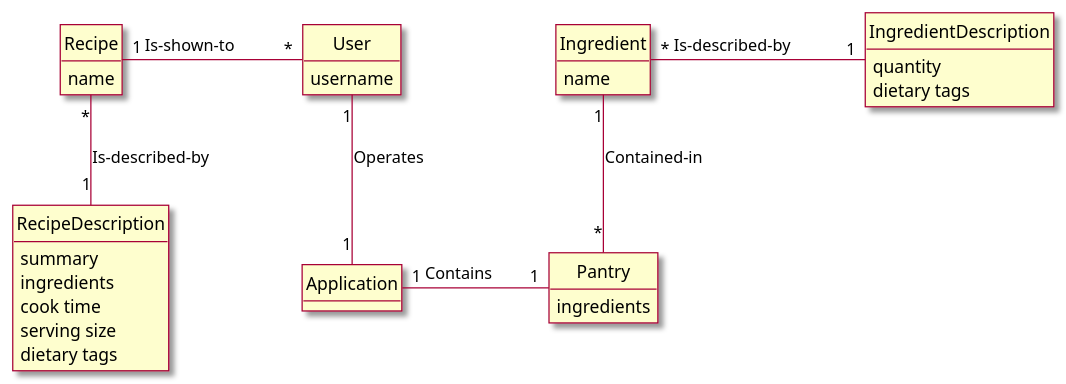
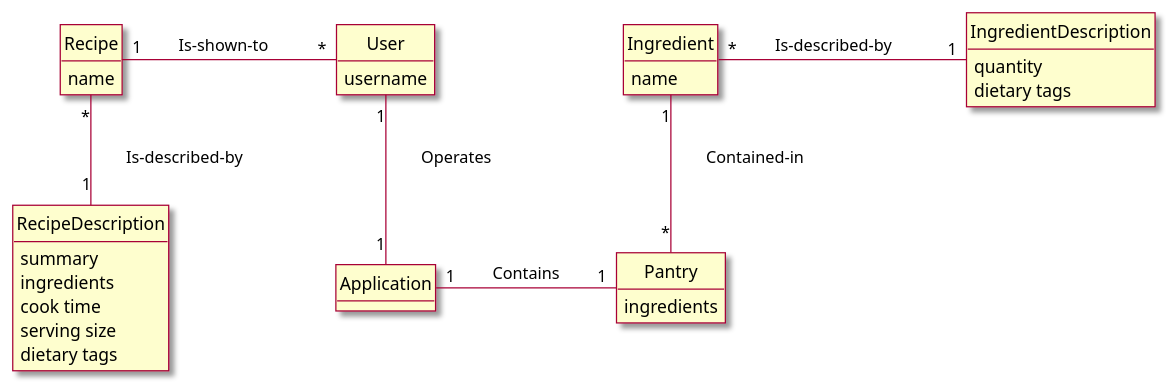
The diagram in intellij/doc/class_diagram.md (berthashipper/Pantry-Pal-Android-Application), drawn with PlantUML before and after one commit.

Commit message:
More spaces

````diff
--- a/intellij/doc/class_diagram.md
+++ b/intellij/doc/class_diagram.md
@@ -1,56 +1,56 @@
 ```plantuml
 @startuml
 
 skin rose
 
 hide circle
 hide empty methods
 ' classes
 
 class Pantry{
  ingredients
 }
 
 class Recipe{
  name
 }
 
 class RecipeDescription{
  summary
  ingredients
  cook time
  serving size
  dietary tags
 }
 
 class Ingredient{
  name
 }
 
 class IngredientDescription{
  quantity
  dietary tags
 }
 
 class Application{
 
 }
 
 class User{
  username
 }
 
 
 ' associations
-User "1" -down- "1" Application : Operates\t\t
-Application "1" -right- "1" Pantry : Contains\t\t
-Pantry "*" -up- "1" Ingredient : Contained-in\t\t
-Recipe "*" -down- "1" RecipeDescription : Is-described-by\t\t
-Ingredient "*" -right- "1" IngredientDescription : Is-described-by\t\t
-User "*" -left- "1" Recipe : Is-shown-to\t\t
+User "1" -down- "1" Application : \tOperates\t\t
+Application "1" -right- "1" Pantry : \tContains\t\t
+Pantry "*" -up- "1" Ingredient : \tContained-in\t\t
+Recipe "*" -down- "1" RecipeDescription : \tIs-described-by\t\t
+Ingredient "*" -right- "1" IngredientDescription : \tIs-described-by\t\t
+User "*" -left- "1" Recipe : \tIs-shown-to\t\t
 
 
 
 
 @enduml
 ```
````
